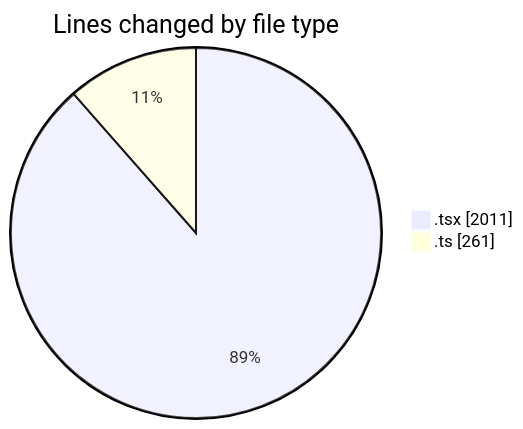
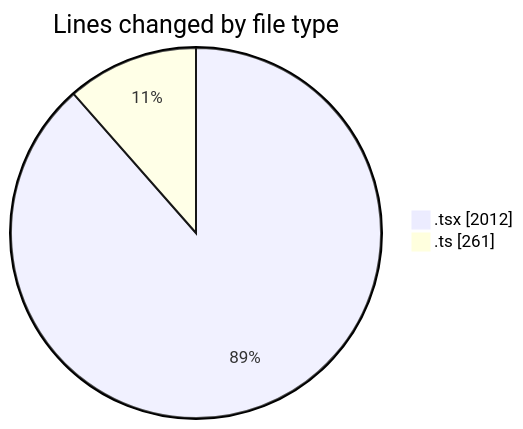
One commit to nxtqubesakshisongat/code-tracking changed the first of 2 diagrams in 2026-05-25/nxtqube_webapp/README.md. Above: the diagram before and after it, drawn with Mermaid. The commit also changed other lines of this file and 1 other file, not shown here.

````diff
--- a/2026-05-25/nxtqube_webapp/README.md
+++ b/2026-05-25/nxtqube_webapp/README.md
@@ -22,6 +22,6 @@
 ```mermaid
 pie showData
 title Lines changed by file type
-".tsx" : 2011
+".tsx" : 2012
 ".ts" : 261
 ```
````
